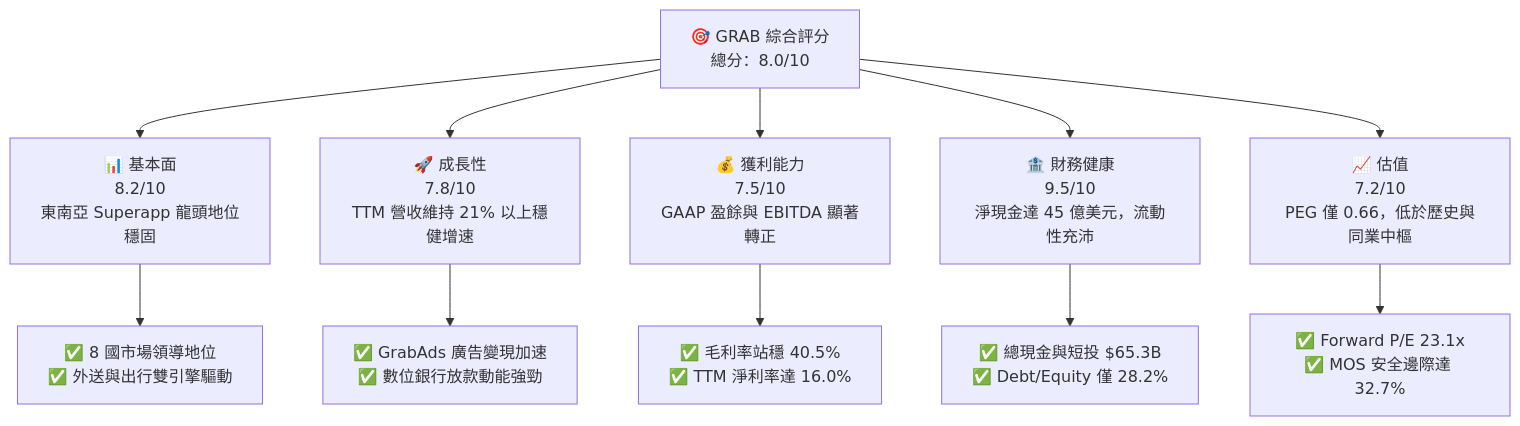
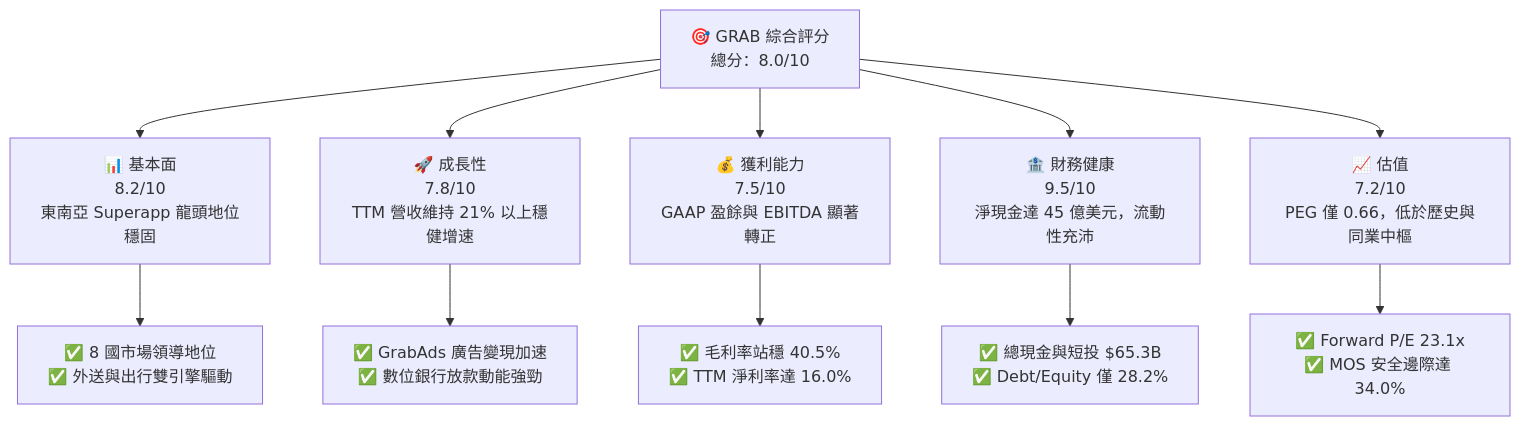
One commit to yennanliu/finance_data changed the first of 15 diagrams in ai_gen_report/fundamental/grab/fundamental_analysis_2026-10-12_gemini.md. Above: the diagram before and after it, drawn with Mermaid. The commit also changed other lines of this file and 339 other files, not shown here.

````diff
--- a/ai_gen_report/fundamental/grab/fundamental_analysis_2026-10-12_gemini.md
+++ b/ai_gen_report/fundamental/grab/fundamental_analysis_2026-10-12_gemini.md
@@ -58,22 +65,22 @@
 ```mermaid
 graph TD
     TICKER["🎯 GRAB 綜合評分<br/>總分：8.0/10"]
 
     F["📊 基本面<br/>8.2/10<br/>東南亞 Superapp 龍頭地位穩固"]
     G["🚀 成長性<br/>7.8/10<br/>TTM 營收維持 21% 以上穩健增速"]
     P["💰 獲利能力<br/>7.5/10<br/>GAAP 盈餘與 EBITDA 顯著轉正"]
     B["🏦 財務健康<br/>9.5/10<br/>淨現金達 45 億美元，流動性充沛"]
     V["📈 估值<br/>7.2/10<br/>PEG 僅 0.66，低於歷史與同業中樞"]
 
     TICKER --> F
     TICKER --> G
     TICKER --> P
     TICKER --> B
     TICKER --> V
 
     F --> F1["✅ 8 國市場領導地位<br/>✅ 外送與出行雙引擎驅動"]
     G --> G1["✅ GrabAds 廣告變現加速<br/>✅ 數位銀行放款動能強勁"]
     P --> P1["✅ 毛利率站穩 40.5%<br/>✅ TTM 淨利率達 16.0%"]
     B --> B1["✅ 總現金與短投 $65.3B<br/>✅ Debt/Equity 僅 28.2%"]
-    V --> V1["✅ Forward P/E 23.1x<br/>✅ MOS 安全邊際達 32.7%"]
+    V --> V1["✅ Forward P/E 23.1x<br/>✅ MOS 安全邊際達 34.0%"]
 ```
````
